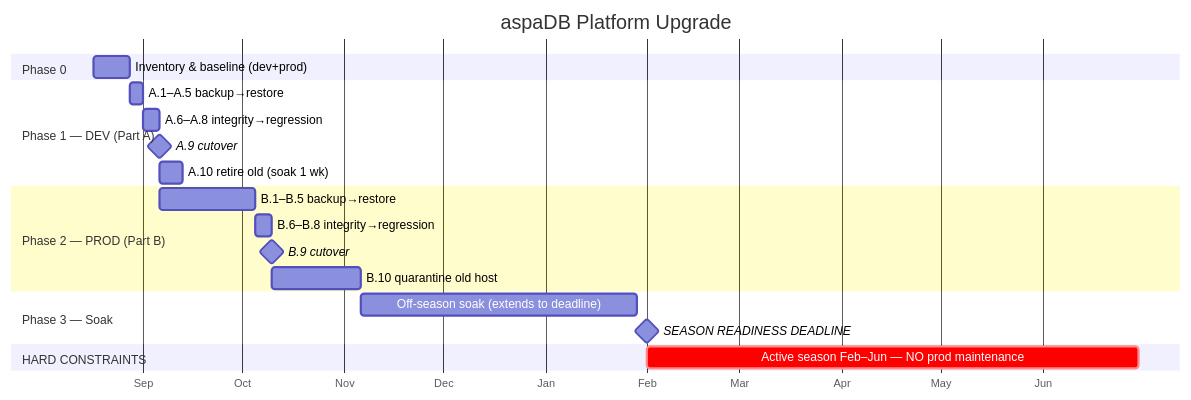
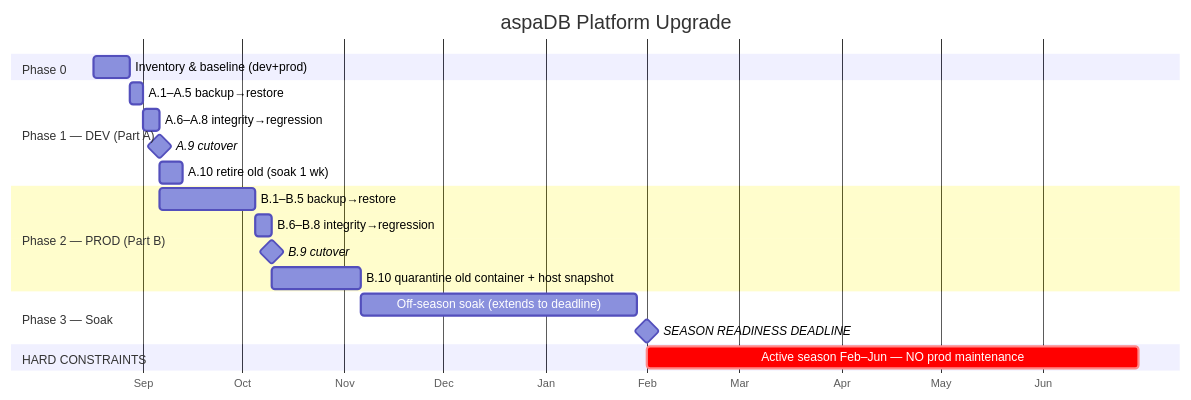
Before and after one commit to MKoroschetz/OpenAgentsControl: the first of 4 diagrams in docs/CORE-PLATFORM-UPGRADE.md, drawn with Mermaid. The commit also changed other lines of this file, not shown here.

First line of the commit message:
docs(upgrade): prod inventory + in-place upgrade strategy

````diff
--- a/docs/CORE-PLATFORM-UPGRADE.md
+++ b/docs/CORE-PLATFORM-UPGRADE.md
@@ -96,28 +98,28 @@
 ```mermaid
 gantt
     dateFormat  YYYY-MM-DD
     title       aspaDB Platform Upgrade
     axisFormat  %b
 
     section Phase 0
     Inventory & baseline (dev+prod)   :p0, 2026-08-17, 2026-08-28
 
     section Phase 1 — DEV (Part A)
     A.1–A.5 backup→restore           :dev1, after p0, 2026-09-01
     A.6–A.8 integrity→regression     :dev2, after dev1, 5d
     A.9 cutover                      :milestone, m_devcut, after dev2, 0d
     A.10 retire old (soak 1 wk)      :dev3, after dev2, 7d
 
     section Phase 2 — PROD (Part B)
     B.1–B.5 backup→restore           :prod1, after m_devcut, 2026-10-05
     B.6–B.8 integrity→regression     :prod2, after prod1, 5d
     B.9 cutover                      :milestone, m_prodcut, after prod2, 0d
-    B.10 quarantine old host         :prod3, after prod2, 2026-11-06
+    B.10 quarantine old container + host snapshot :prod3, after prod2, 2026-11-06
 
     section Phase 3 — Soak
     Off-season soak (extends to deadline) :soak, after prod3, 2027-01-29
     SEASON READINESS DEADLINE        :milestone, m_dl, 2027-02-01, 0d
 
     section HARD CONSTRAINTS
     Active season Feb–Jun — NO prod maintenance :crit, 2027-02-01, 2027-06-30
 ```
````
